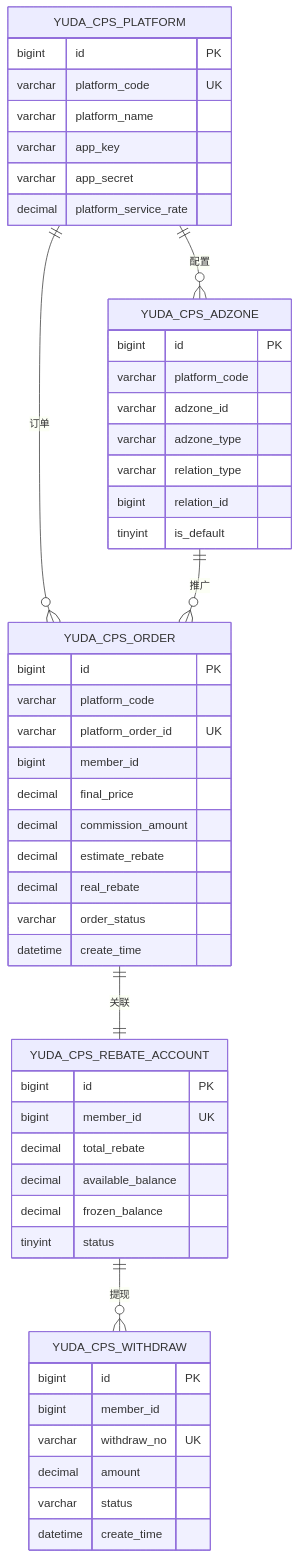
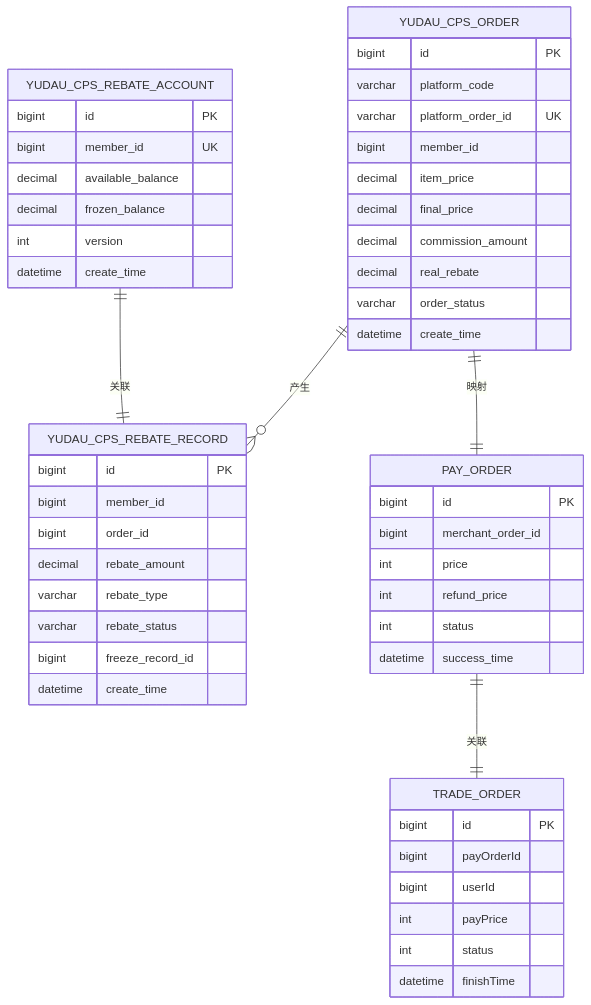
Before and after one commit to zhuangpengLI/AgenticCPS: the second of 6 diagrams in .qoder/repowiki/zh/content/数据库设计/核心业务表设计/核心业务表设计.md, drawn with Mermaid. The commit also changed other lines of this file and 293 other files, not shown here.

````diff
--- a/.qoder/repowiki/zh/content/数据库设计/核心业务表设计/核心业务表设计.md
+++ b/.qoder/repowiki/zh/content/数据库设计/核心业务表设计/核心业务表设计.md
@@ -137,53 +171,53 @@
 ```mermaid
 erDiagram
-YUDA_CPS_PLATFORM {
-bigint id PK
-varchar platform_code UK
-varchar platform_name
-varchar app_key
-varchar app_secret
-decimal platform_service_rate
-}
-YUDA_CPS_ADZONE {
-bigint id PK
-varchar platform_code
-varchar adzone_id
-varchar adzone_type
-varchar relation_type
-bigint relation_id
-tinyint is_default
-}
-YUDA_CPS_ORDER {
+YUDAU_CPS_ORDER {
 bigint id PK
 varchar platform_code
 varchar platform_order_id UK
 bigint member_id
+decimal item_price
 decimal final_price
 decimal commission_amount
-decimal estimate_rebate
 decimal real_rebate
 varchar order_status
 datetime create_time
 }
-YUDA_CPS_REBATE_ACCOUNT {
+YUDAU_CPS_REBATE_RECORD {
+bigint id PK
+bigint member_id
+bigint order_id
+decimal rebate_amount
+varchar rebate_type
+varchar rebate_status
+bigint freeze_record_id
+datetime create_time
+}
+YUDAU_CPS_REBATE_ACCOUNT {
 bigint id PK
 bigint member_id UK
-decimal total_rebate
 decimal available_balance
 decimal frozen_balance
-tinyint status
-}
-YUDA_CPS_WITHDRAW {
-bigint id PK
-bigint member_id
-varchar withdraw_no UK
-decimal amount
-varchar status
+int version
 datetime create_time
 }
-YUDA_CPS_PLATFORM ||--o{ YUDA_CPS_ADZONE : "配置"
-YUDA_CPS_PLATFORM ||--o{ YUDA_CPS_ORDER : "订单"
-YUDA_CPS_ADZONE ||--o{ YUDA_CPS_ORDER : "推广"
-YUDA_CPS_ORDER ||--|| YUDA_CPS_REBATE_ACCOUNT : "关联"
-YUDA_CPS_REBATE_ACCOUNT ||--o{ YUDA_CPS_WITHDRAW : "提现"
+PAY_ORDER {
+bigint id PK
+bigint merchant_order_id
+int price
+int refund_price
+int status
+datetime success_time
+}
+TRADE_ORDER {
+bigint id PK
+bigint payOrderId
+bigint userId
+int payPrice
+int status
+datetime finishTime
+}
+YUDAU_CPS_ORDER ||--o{ YUDAU_CPS_REBATE_RECORD : "产生"
+YUDAU_CPS_REBATE_ACCOUNT ||--|| YUDAU_CPS_REBATE_RECORD : "关联"
+PAY_ORDER ||--|| TRADE_ORDER : "关联"
+YUDAU_CPS_ORDER ||--|| PAY_ORDER : "映射"
 ```
````
